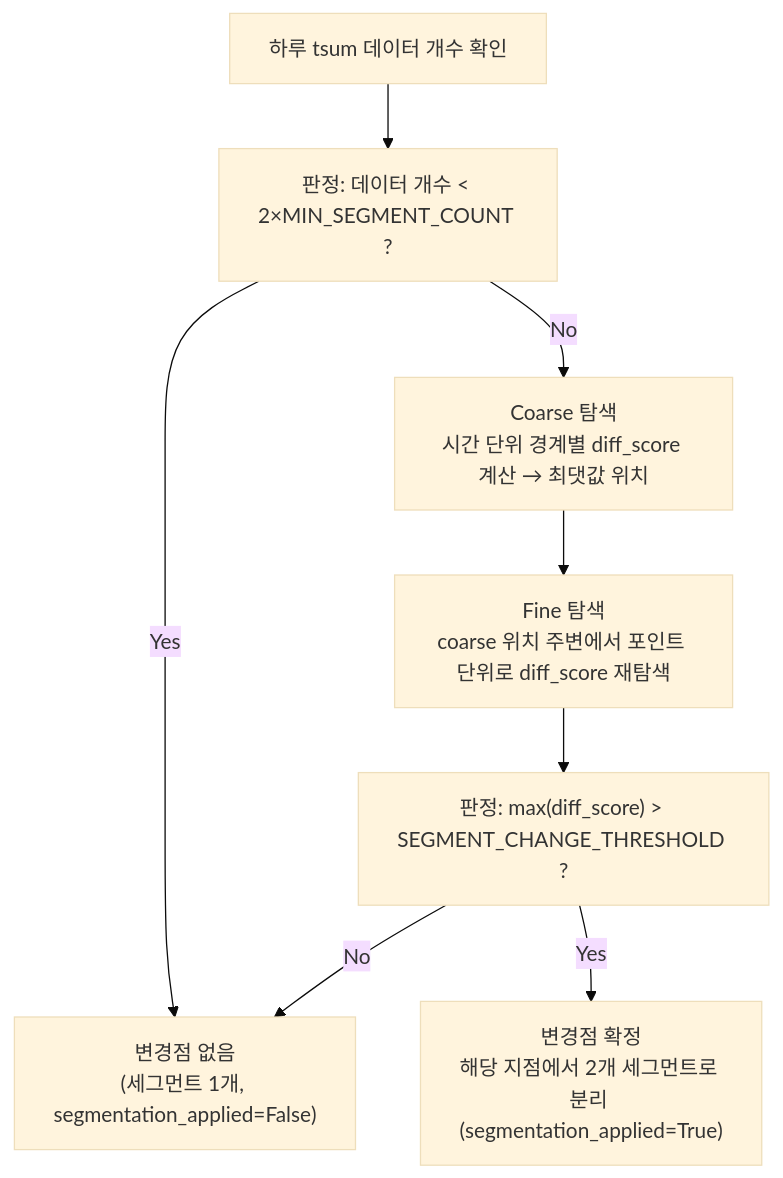
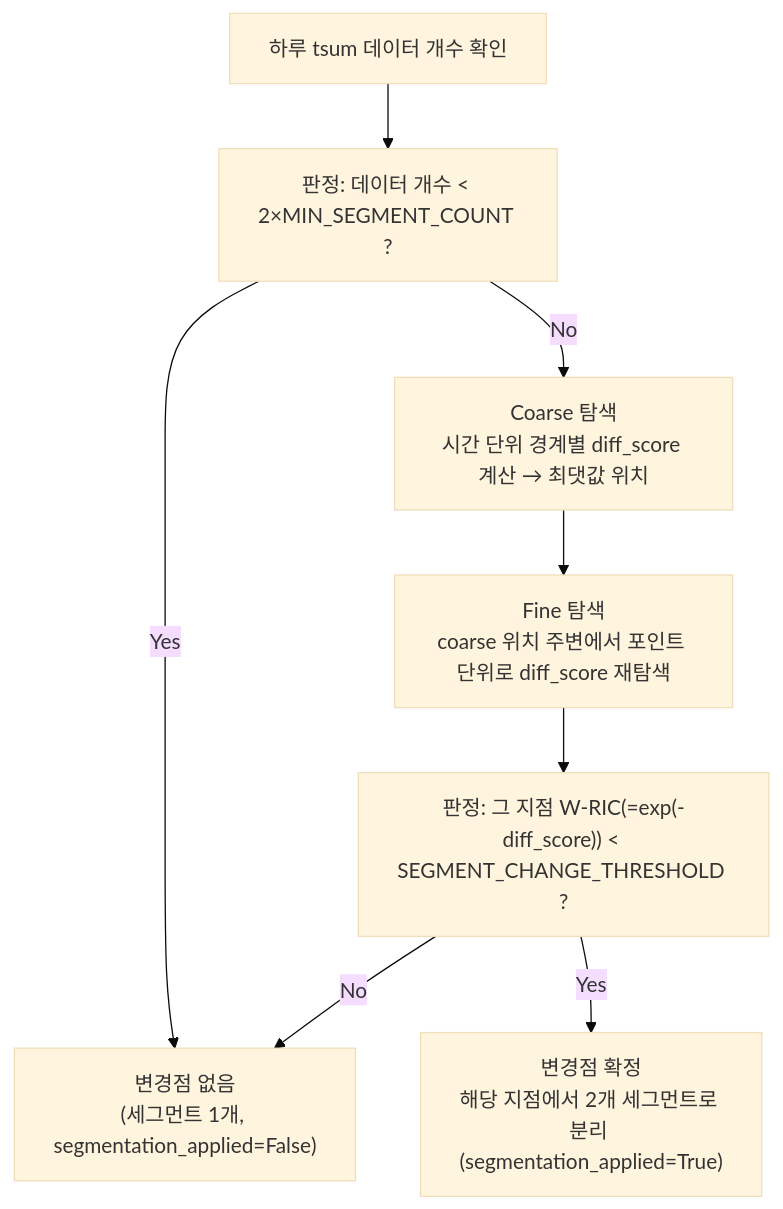
One commit to youbby/docs changed the third of 4 diagrams in output_sensor_anomaly_detection_plan.md. Above: the diagram before and after it, drawn with Mermaid (base theme). The commit also changed other lines of this file, not shown here.

````diff
--- a/output_sensor_anomaly_detection_plan.md
+++ b/output_sensor_anomaly_detection_plan.md
@@ -382,16 +386,16 @@
 ```mermaid
 flowchart TD
     A["하루 tsum 데이터 개수 확인"]
     B["판정: 데이터 개수 < 2×MIN_SEGMENT_COUNT ?"]
     C["변경점 없음<br/>(세그먼트 1개, segmentation_applied=False)"]
     D["Coarse 탐색<br/>시간 단위 경계별 diff_score 계산 → 최댓값 위치"]
     E["Fine 탐색<br/>coarse 위치 주변에서 포인트 단위로 diff_score 재탐색"]
-    F["판정: max(diff_score) > SEGMENT_CHANGE_THRESHOLD ?"]
+    F["판정: 그 지점 W-RIC(=exp(-diff_score)) < SEGMENT_CHANGE_THRESHOLD ?"]
     G["변경점 확정<br/>해당 지점에서 2개 세그먼트로 분리 (segmentation_applied=True)"]
 
     A --> B
     B -->|"Yes"| C
     B -->|"No"| D --> E --> F
     F -->|"Yes"| G
     F -->|"No"| C
 ```
````
